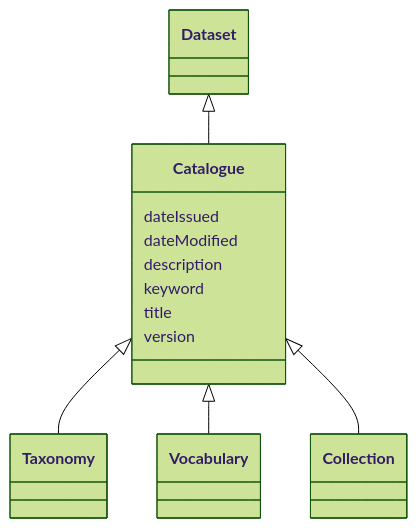
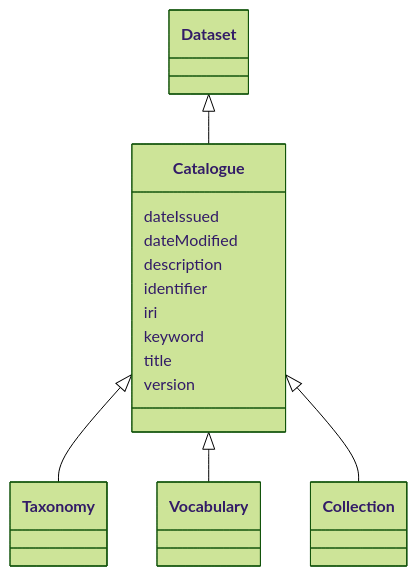
The diagram in models/docs/Catalogue.md (EVORA-project/evora-ontology), drawn with Mermaid (forest theme) before and after one commit. The commit also changed other lines of this file and 391 other files, not shown here.

````diff
--- a/models/docs/Catalogue.md
+++ b/models/docs/Catalogue.md
@@ -21,30 +21,34 @@
 ```mermaid
  classDiagram
     class Catalogue
     click Catalogue href "../Catalogue"
       Dataset <|-- Catalogue
         click Dataset href "../Dataset"
       
 
       Catalogue <|-- Taxonomy
         click Taxonomy href "../Taxonomy"
       Catalogue <|-- Vocabulary
         click Vocabulary href "../Vocabulary"
       Catalogue <|-- Collection
         click Collection href "../Collection"
       
       
       Catalogue : dateIssued
         
       Catalogue : dateModified
         
       Catalogue : description
         
+      Catalogue : identifier
+        
+      Catalogue : iri
+        
       Catalogue : keyword
         
       Catalogue : title
         
       Catalogue : version
         
       
 ```
````
